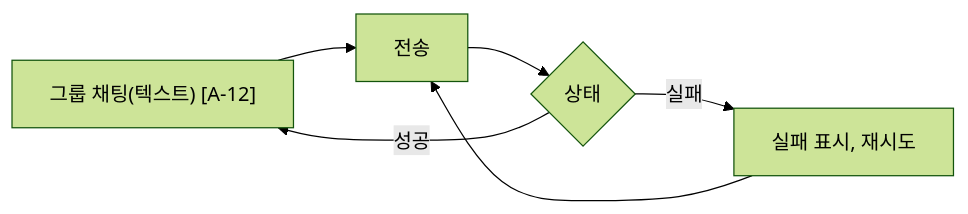
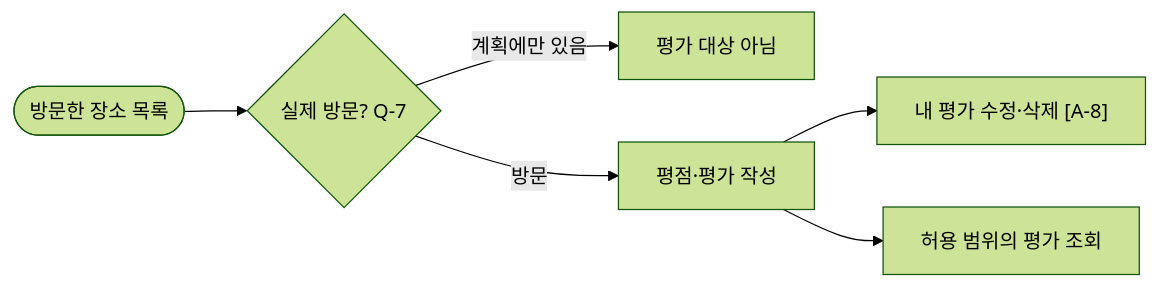
Diagram 18 of 24 in docs/flow/user-flow.md (a204-eodilog/eodilog), drawn with Mermaid (forest theme) before and after one commit. The commit also changed other lines of this file, not shown here.

````diff
--- a/docs/flow/user-flow.md
+++ b/docs/flow/user-flow.md
@@ -210,7 +391,8 @@
 ```mermaid
 flowchart LR
-    CH["그룹 채팅(텍스트) [A-12]"] --> SND["전송"]
-    SND --> ST{"상태"}
-    ST -- "실패" --> RS["실패 표시, 재시도"] --> SND
-    ST -- "성공" --> CH
+    VS(["방문한 장소 목록"]) --> Q{"실제 방문? Q-7"}
+    Q -- "계획에만 있음" --> NO["평가 대상 아님"]
+    Q -- "방문" --> RATE["평점·평가 작성"]
+    RATE --> MINE["내 평가 수정·삭제 [A-8]"]
+    RATE --> VIEW["허용 범위의 평가 조회"]
 ```
````
